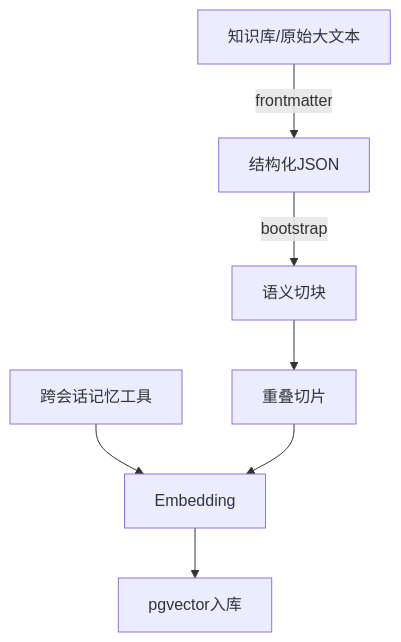
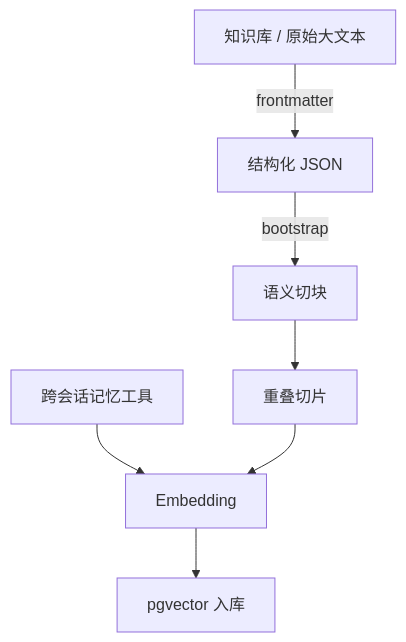
Before and after one commit to xiao-Huahuo/Agent-Core-Service: the first of 2 diagrams in README.md, drawn with Mermaid. The commit also changed other lines of this file and 10 other files, not shown here.

````diff
--- a/README.md
+++ b/README.md
@@ -54,9 +68,9 @@
-```mermaid  
-flowchart 
-   A[跨会话记忆工具] --> B[Embedding]  
-   B --> C[pgvector入库]  
-   D[知识库/原始大文本] -->|frontmatter| G[结构化JSON]
-   G -->|bootstrap| E[语义切块]  
-   E --> F[重叠切片]  
-   F --> B  
-```       
+```mermaid
+flowchart TD
+    A[跨会话记忆工具] --> B[Embedding]
+    B --> C[pgvector 入库]
+    D[知识库 / 原始大文本] -->|frontmatter| G[结构化 JSON]
+    G -->|bootstrap| E[语义切块]
+    E --> F[重叠切片]
+    F --> B
+```
````
